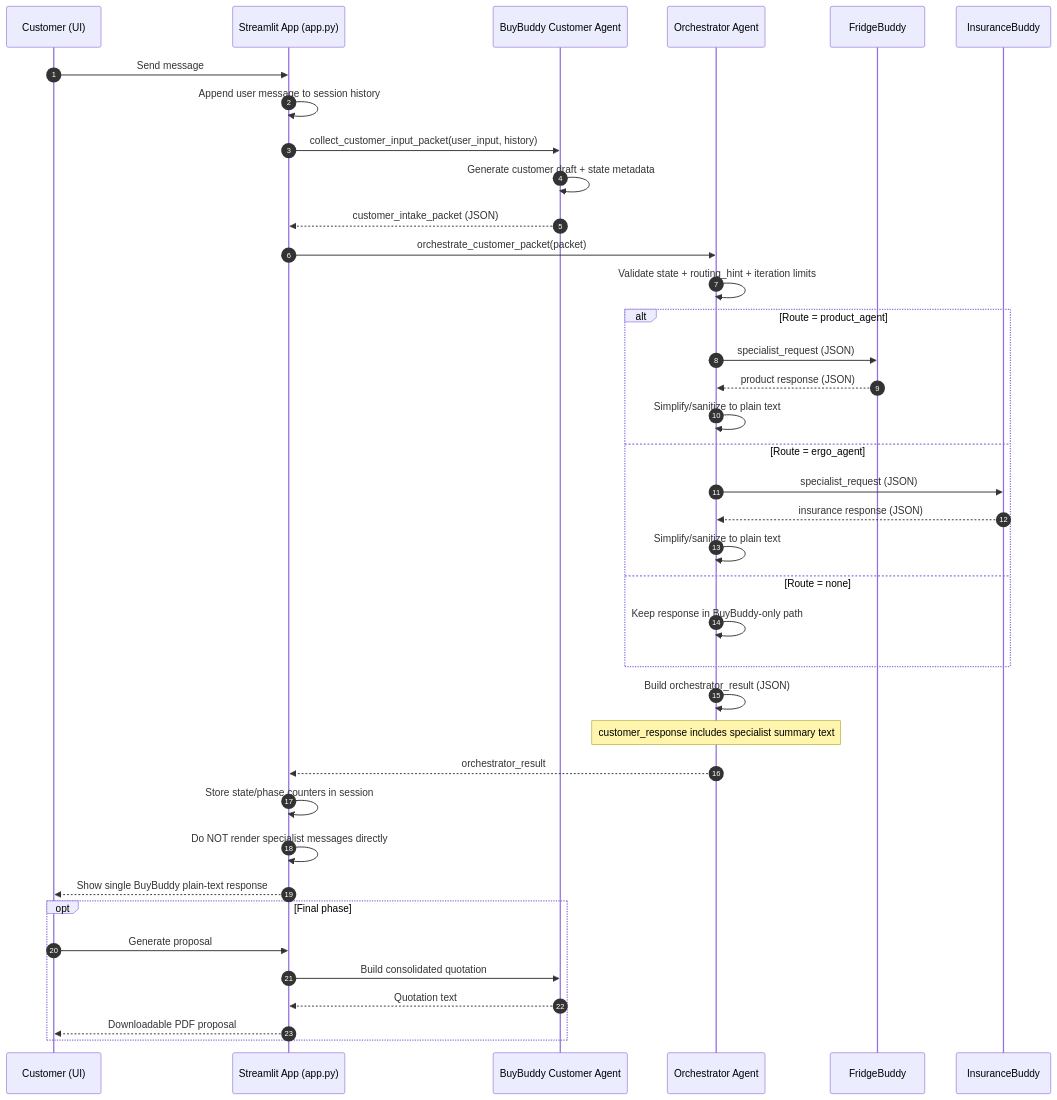
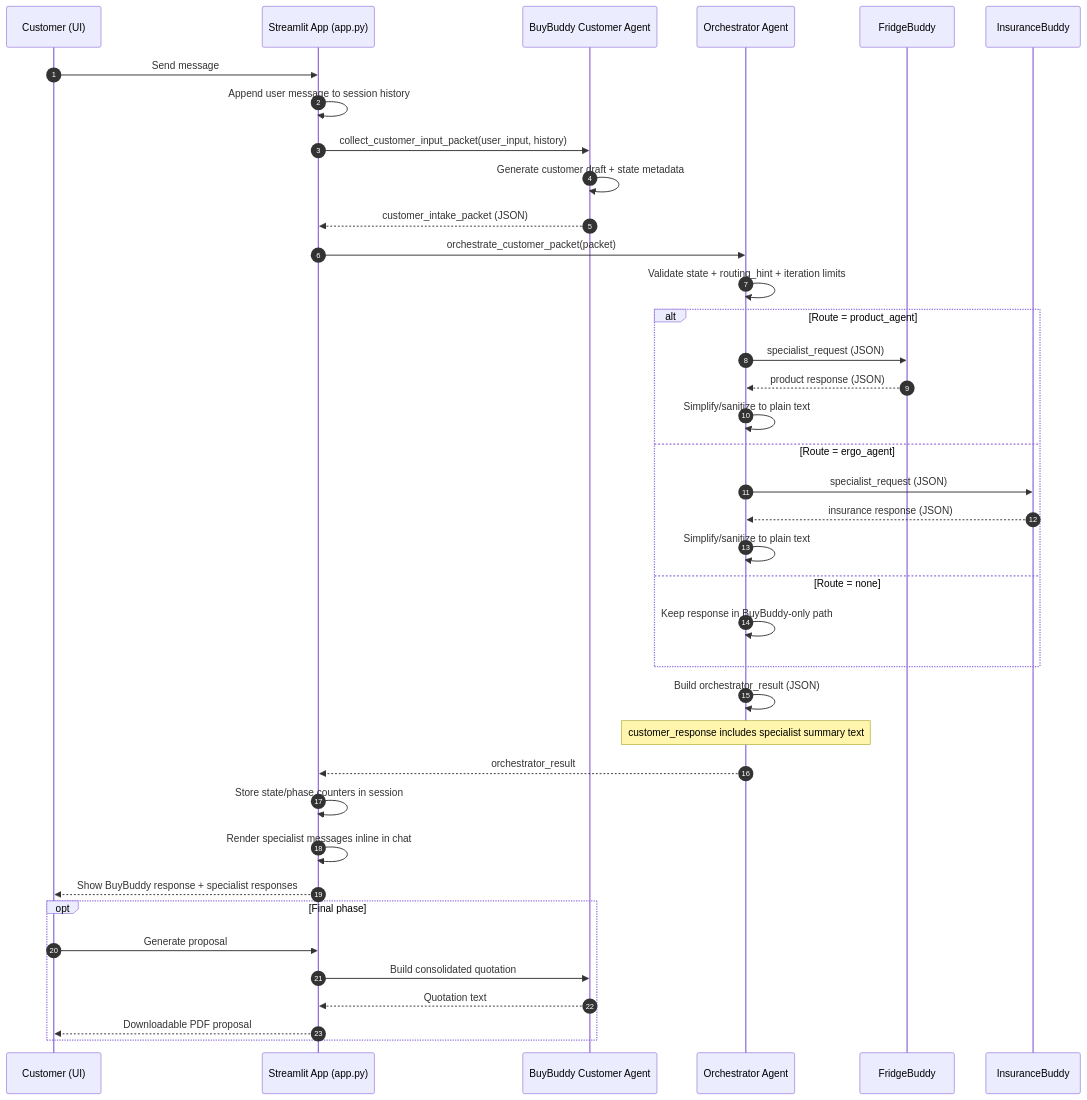
The diagram in README.md (an-amateur-person/Agentic-AI-Innovation), drawn with Mermaid before and after one commit. The commit also changed other lines of this file and 9 other files, not shown here.

Commit message:
Refine BuyBuddy orchestration flow, null-safety, and inventory result UX

````diff
--- a/README.md
+++ b/README.md
@@ -42,47 +42,47 @@
 ```mermaid
 sequenceDiagram
    autonumber
    participant U as Customer (UI)
    participant A as Streamlit App (app.py)
    participant B as BuyBuddy Customer Agent
    participant O as Orchestrator Agent
    participant P as FridgeBuddy
    participant I as InsuranceBuddy
 
    U->>A: Send message
    A->>A: Append user message to session history
 
    A->>B: collect_customer_input_packet(user_input, history)
    B->>B: Generate customer draft + state metadata
    B-->>A: customer_intake_packet (JSON)
 
    A->>O: orchestrate_customer_packet(packet)
    O->>O: Validate state + routing_hint + iteration limits
 
    alt Route = product_agent
       O->>P: specialist_request (JSON)
       P-->>O: product response (JSON)
       O->>O: Simplify/sanitize to plain text
    else Route = ergo_agent
       O->>I: specialist_request (JSON)
       I-->>O: insurance response (JSON)
       O->>O: Simplify/sanitize to plain text
    else Route = none
       O->>O: Keep response in BuyBuddy-only path
    end
 
    O->>O: Build orchestrator_result (JSON)
    Note over O: customer_response includes specialist summary text
    O-->>A: orchestrator_result
 
    A->>A: Store state/phase counters in session
-   A->>A: Do NOT render specialist messages directly
-   A-->>U: Show single BuyBuddy plain-text response
+   A->>A: Render specialist messages inline in chat
+   A-->>U: Show BuyBuddy response + specialist responses
 
    opt Final phase
       U->>A: Generate proposal
       A->>B: Build consolidated quotation
       B-->>A: Quotation text
       A-->>U: Downloadable PDF proposal
    end
 ```
````
